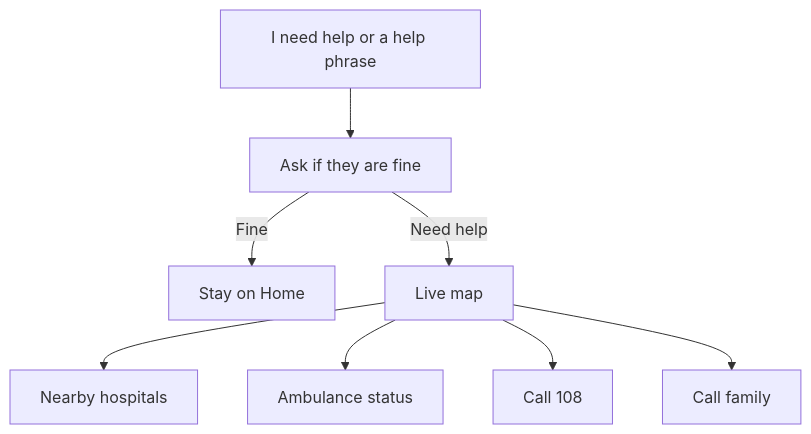
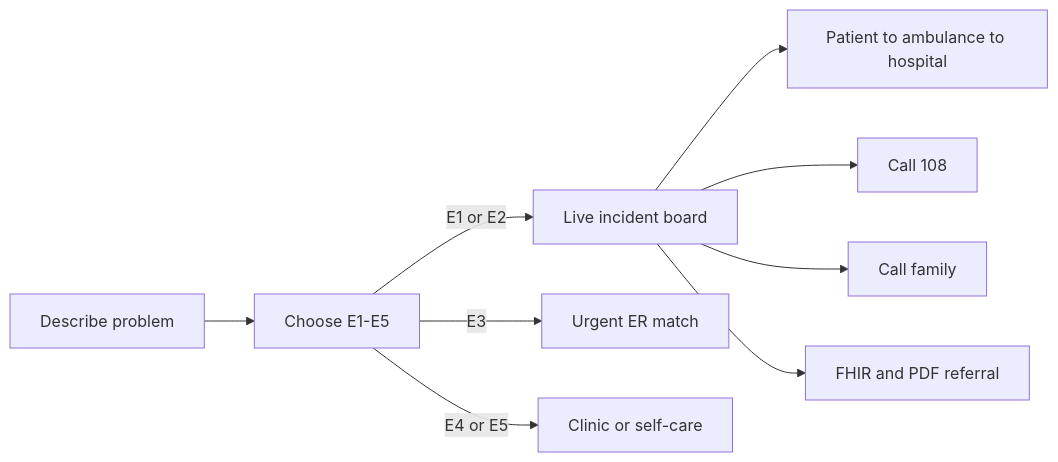
One commit to dipanshuchoudhary-data/LifeRouteAI changed the third of 12 diagrams in README.md. Above: the diagram before and after it, drawn with Mermaid. The commit also changed other lines of this file and 139 other files, not shown here.

````diff
--- a/README.md
+++ b/README.md
@@ -137,10 +104,11 @@
 ```mermaid
-flowchart TD
-    A["I need help or a help phrase"] --> B["Ask if they are fine"]
-    B -->|Fine| C["Stay on Home"]
-    B -->|Need help| D["Live map"]
-    D --> E["Nearby hospitals"]
-    D --> F["Ambulance status"]
-    D --> G["Call 108"]
-    D --> H["Call family"]
+flowchart LR
+    A["Describe problem"] --> B["Choose E1-E5"]
+    B -->|E1 or E2| C["Live incident board"]
+    B -->|E3| D["Urgent ER match"]
+    B -->|E4 or E5| E["Clinic or self-care"]
+    C --> F["Patient to ambulance to hospital"]
+    C --> G["Call 108"]
+    C --> H["Call family"]
+    C --> I["FHIR and PDF referral"]
 ```
````
